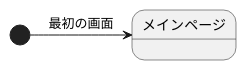
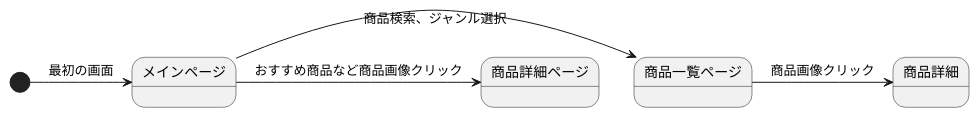
Before and after one commit to Aso2001385/2021sys-design: the first of 2 diagrams in orcashop/StateMachine.md, drawn with PlantUML.

````diff
--- a/orcashop/StateMachine.md
+++ b/orcashop/StateMachine.md
@@ -1,8 +1,11 @@
 ```uml
 @startuml
 
 [*] -> メインページ: 最初の画面
+メインページ -> 商品一覧ページ: 商品検索、ジャンル選択
+メインページ -> 商品詳細ページ: おすすめ商品など商品画像クリック
+商品一覧ページ -> 商品詳細: 商品画像クリック
 
 
 @enduml
 ```
````
